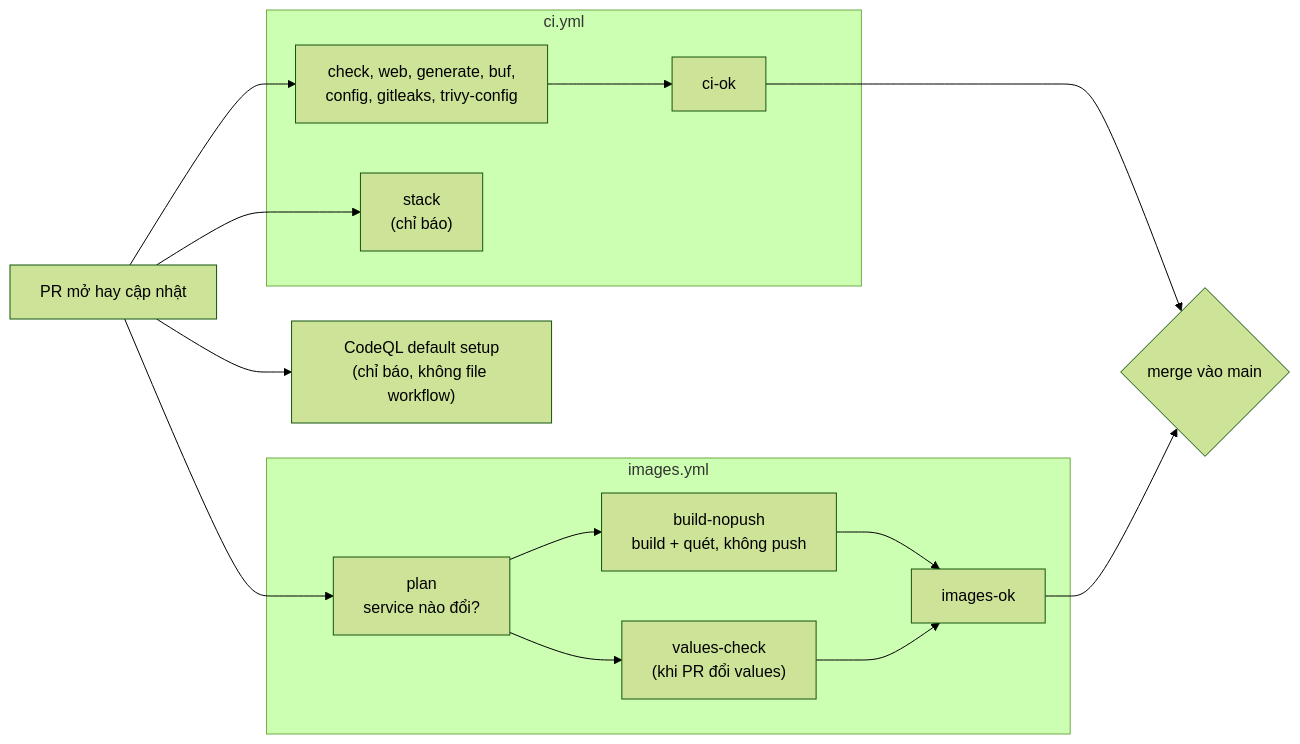
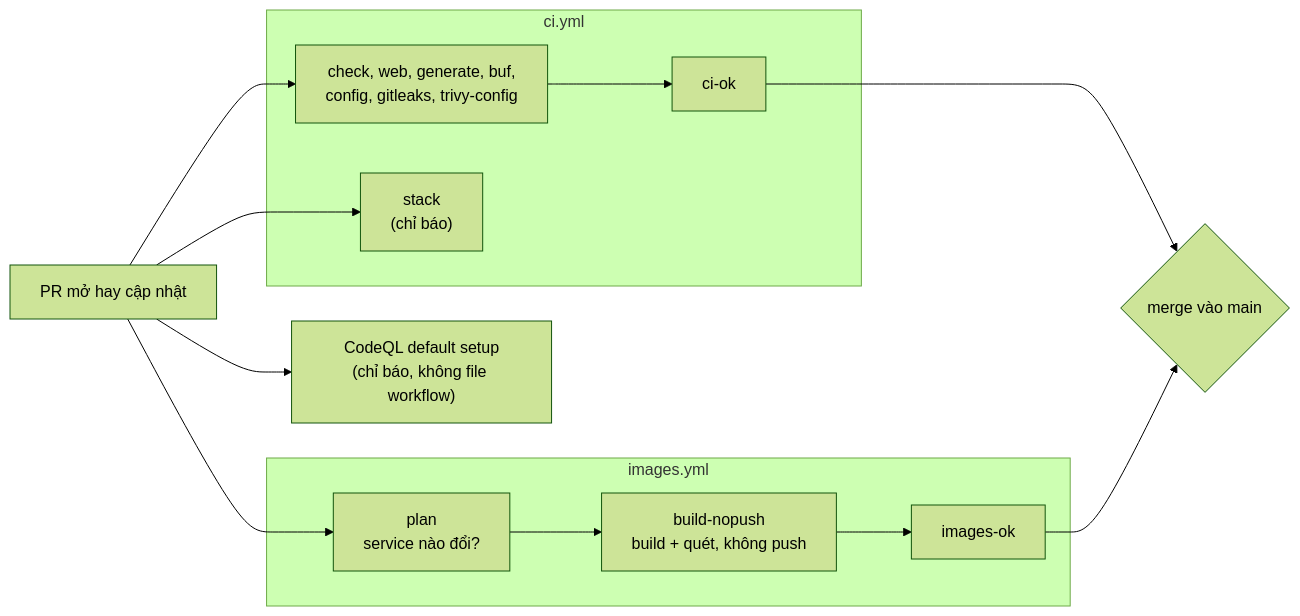
The first of 5 diagrams in docs/ci-cd.md (anhnvcoder/short-video-platform), drawn with Mermaid (forest theme) before and after one commit. The commit also changed other lines of this file and 22 other files, not shown here.

````diff
--- a/docs/ci-cd.md
+++ b/docs/ci-cd.md
@@ -29,22 +34,20 @@
 ```mermaid
 flowchart LR
     pr["PR mở hay cập nhật"]
     subgraph ci["ci.yml"]
         jobs["check, web, generate, buf,<br/>config, gitleaks, trivy-config"]
         ciok["ci-ok"]
         stack["stack<br/>(chỉ báo)"]
     end
     codeql["CodeQL default setup<br/>(chỉ báo, không file workflow)"]
     subgraph img["images.yml"]
         plan["plan<br/>service nào đổi?"]
         nopush["build-nopush<br/>build + quét, không push"]
-        vcheck["values-check<br/>(khi PR đổi values)"]
         imgok["images-ok"]
     end
     merge{"merge vào main"}
     pr --> jobs --> ciok --> merge
     pr --> stack
     pr --> codeql
     pr --> plan --> nopush --> imgok --> merge
-    plan --> vcheck --> imgok
 ```
````
